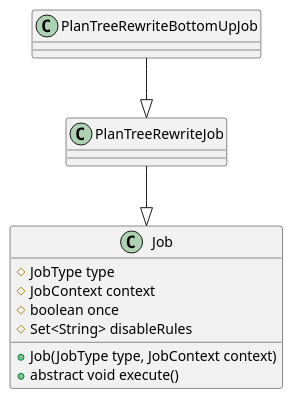
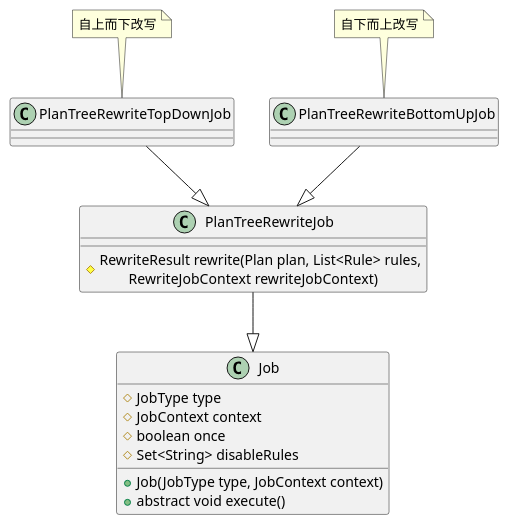
Before and after one commit to DepInjoy/geektime: the second of 2 diagrams in doc/DB/Doris/SourceRead/00_01_Optimizer_RewriteFramework.md, drawn with PlantUML. The commit also changed other lines of this file, not shown here.

Commit message:
Doris Rewrite Framework梳理

````diff
--- a/doc/DB/Doris/SourceRead/00_01_Optimizer_RewriteFramework.md
+++ b/doc/DB/Doris/SourceRead/00_01_Optimizer_RewriteFramework.md
@@ -81,15 +86,25 @@
 ```plantuml
 @startuml
 class Job {
     # JobType type
     # JobContext context
     # boolean once
     # Set<String> disableRules
     + Job(JobType type, JobContext context)
     + abstract void execute()
 }
 
+class PlanTreeRewriteJob {
+    # RewriteResult rewrite(Plan plan, List<Rule> rules,\n\tRewriteJobContext rewriteJobContext)
+}
+
+class PlanTreeRewriteTopDownJob {}
+note top: 自上而下改写
+class PlanTreeRewriteBottomUpJob {}
+note top: 自下而上改写
+
+PlanTreeRewriteTopDownJob -down-|> PlanTreeRewriteJob
 PlanTreeRewriteBottomUpJob -down-|> PlanTreeRewriteJob
 PlanTreeRewriteJob -down-|> Job
 @enduml
 ```
````
